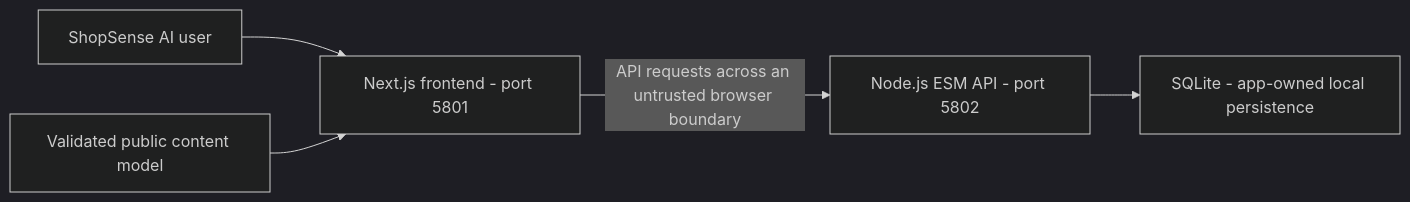
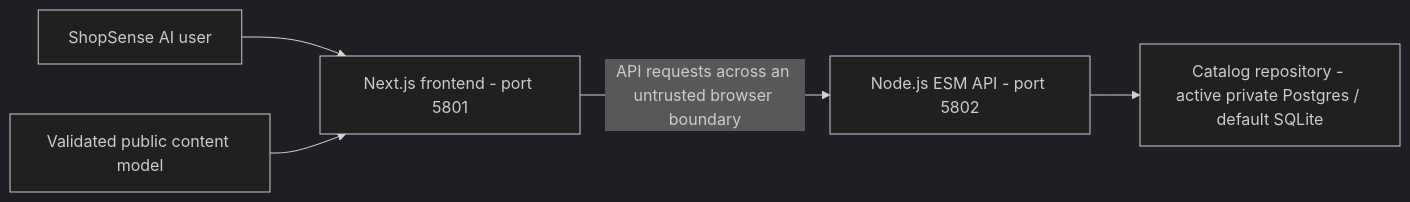
One commit to gopichand-retail-apps/shopsense-backend changed the first of 16 diagrams in docs/architecture.md. Above: the diagram before and after it, drawn with Mermaid (dark theme). The commit also changed other lines of this file and 58 other files, not shown here.

````diff
--- a/docs/architecture.md
+++ b/docs/architecture.md
@@ -38,7 +38,7 @@
 ```mermaid
 flowchart LR
   U["ShopSense AI user"] --> F["Next.js frontend - port 5801"]
   F -->|"API requests across an untrusted browser boundary"| A["Node.js ESM API - port 5802"]
-  A --> D["SQLite - app-owned local persistence"]
+  A --> D["Catalog repository - active private Postgres / default SQLite"]
   M["Validated public content model"] --> F
 ```
````
